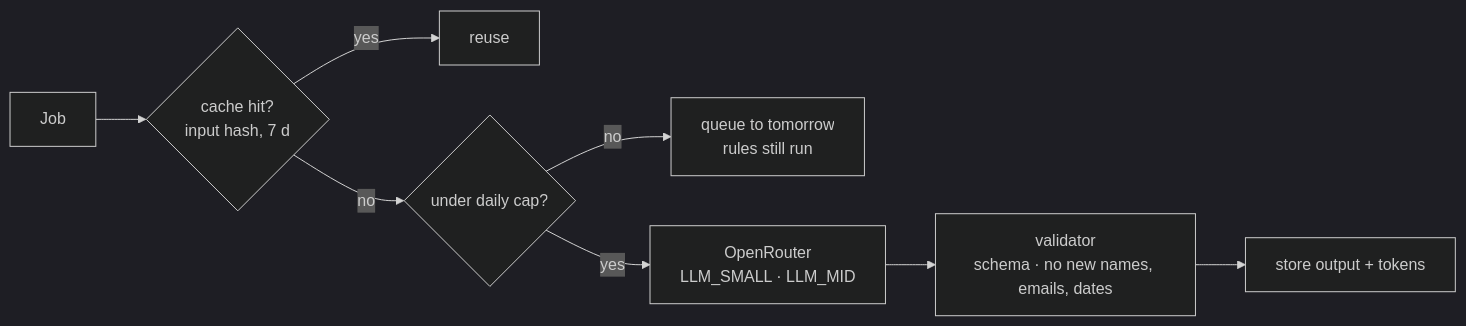
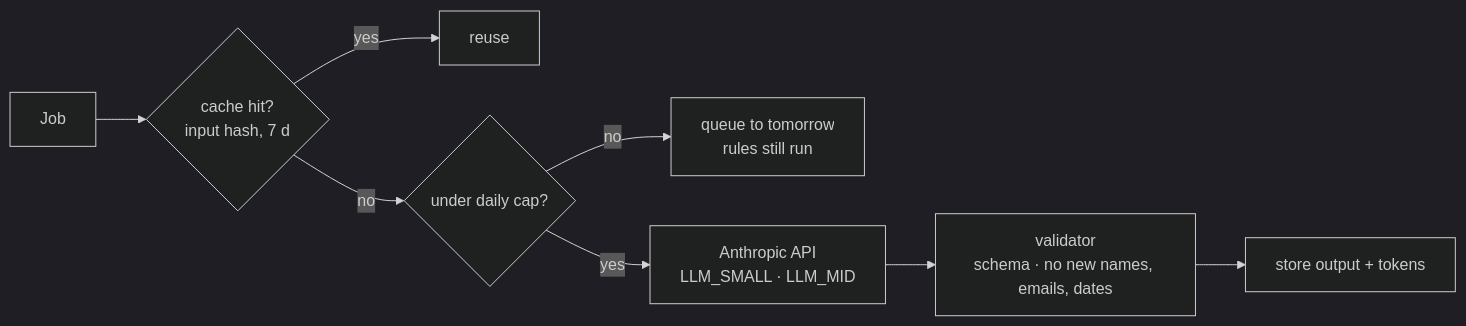
Diagram 11 of 19 in docs/01-architecture.md (Trishi7/Saley), drawn with Mermaid (dark theme) before and after one commit. The commit also changed other lines of this file and 121 other files, not shown here.

````diff
--- a/docs/01-architecture.md
+++ b/docs/01-architecture.md
@@ -230,10 +232,10 @@
 ```mermaid
 flowchart LR
   J["Job"] --> C{"cache hit?<br/>input hash, 7 d"}
   C -->|yes| R["reuse"]
   C -->|no| K{"under daily cap?"}
   K -->|no| Q["queue to tomorrow<br/>rules still run"]
-  K -->|yes| O["OpenRouter<br/>LLM_SMALL · LLM_MID"]
+  K -->|yes| O["Anthropic API<br/>LLM_SMALL · LLM_MID"]
   O --> V["validator<br/>schema · no new names, emails, dates"]
   V --> S["store output + tokens"]
 ```
````
